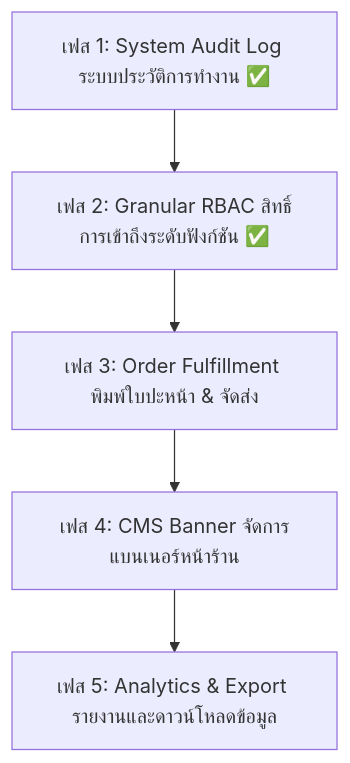
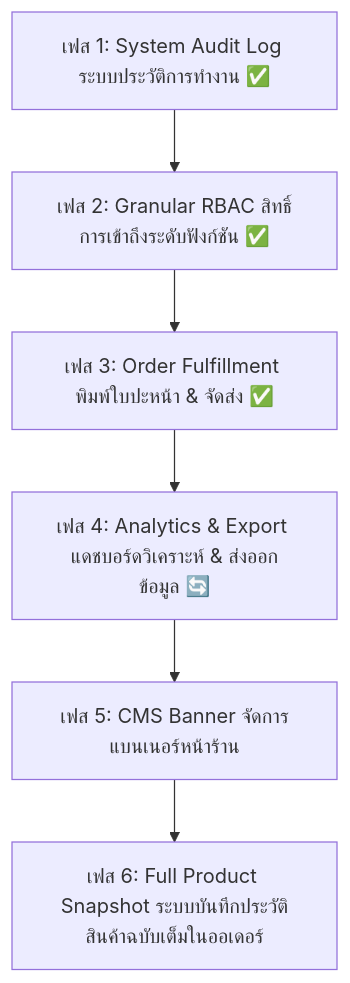
Before and after one commit to wiiznu17/Nida_E-Commerce: the first of 2 diagrams in docs/TODO_admin.md, drawn with Mermaid. The commit also changed other lines of this file and 1 other file, not shown here.

````diff
--- a/docs/TODO_admin.md
+++ b/docs/TODO_admin.md
@@ -28,7 +30,8 @@
 ```mermaid
 graph TD
     A[เฟส 1: System Audit Log ระบบประวัติการทำงาน ✅] --> B[เฟส 2: Granular RBAC สิทธิ์การเข้าถึงระดับฟังก์ชัน ✅]
-    B --> C[เฟส 3: Order Fulfillment พิมพ์ใบปะหน้า & จัดส่ง]
-    C --> D[เฟส 4: CMS Banner จัดการแบนเนอร์หน้าร้าน]
-    D --> E[เฟส 5: Analytics & Export รายงานและดาวน์โหลดข้อมูล]
+    B --> C[เฟส 3: Order Fulfillment พิมพ์ใบปะหน้า & จัดส่ง ✅]
+    C --> D[เฟส 4: Analytics & Export แดชบอร์ดวิเคราะห์ & ส่งออกข้อมูล 🔄]
+    D --> E[เฟส 5: CMS Banner จัดการแบนเนอร์หน้าร้าน]
+    E --> F[เฟส 6: Full Product Snapshot ระบบบันทึกประวัติสินค้าฉบับเต็มในออเดอร์]
 ```
````
